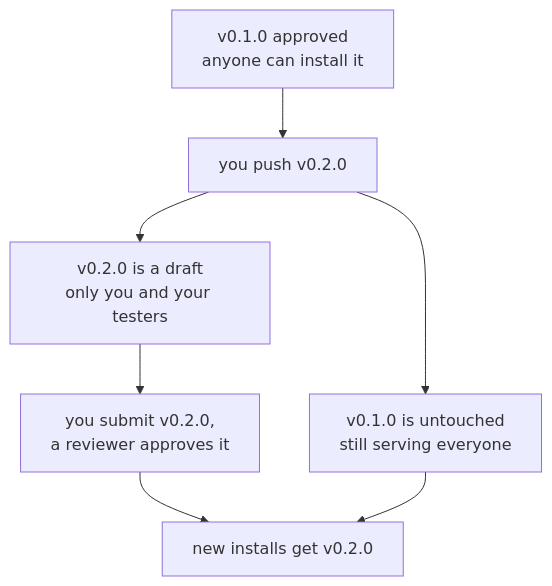
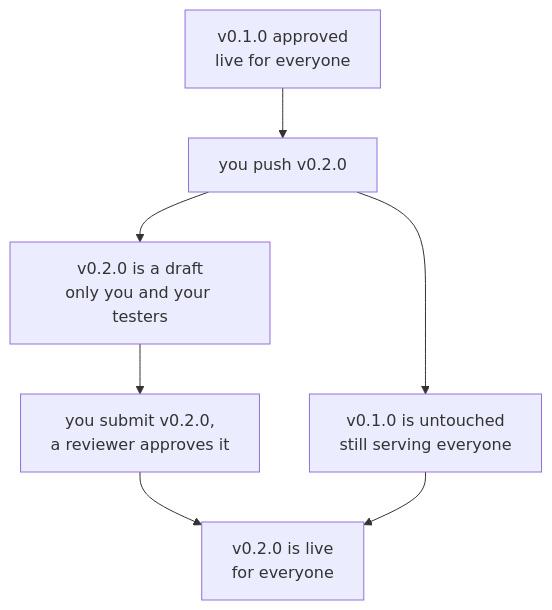
One commit to Pippa-Labs/pippa-hack-claudiu-udrea-public-1 changed the third of 3 diagrams in docs/REVIEW_AND_SHARING.md. Above: the diagram before and after it, drawn with Mermaid. The commit also changed other lines of this file and 12 other files, not shown here.

````diff
--- a/docs/REVIEW_AND_SHARING.md
+++ b/docs/REVIEW_AND_SHARING.md
@@ -209,9 +371,9 @@
 ```mermaid
 flowchart TD
-    A["v0.1.0 approved<br/>anyone can install it"] --> B["you push v0.2.0"]
+    A["v0.1.0 approved<br/>live for everyone"] --> B["you push v0.2.0"]
     B --> C["v0.2.0 is a draft<br/>only you and your testers"]
     B --> D["v0.1.0 is untouched<br/>still serving everyone"]
     C --> E["you submit v0.2.0,<br/>a reviewer approves it"]
-    E --> F["new installs get v0.2.0"]
+    E --> F["v0.2.0 is live<br/>for everyone"]
     D --> F
 ```
````
